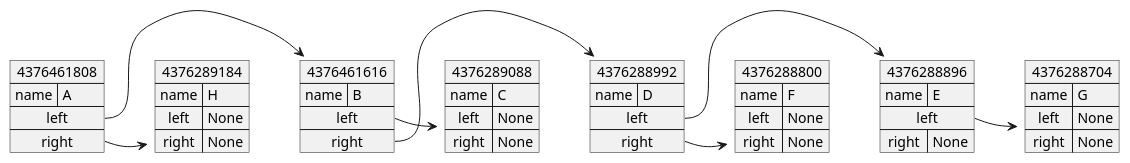
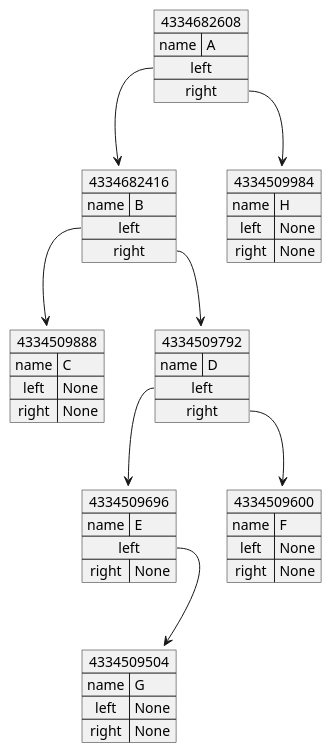
One commit to M0E33YZW/python_lesson changed the diagram in tree_od.md. Above: the diagram before and after it, drawn with PlantUML. The commit also changed 2 other files, not shown here.

Commit message:
二分木・修正

````diff
--- a/tree_od.md
+++ b/tree_od.md
@@ -2,53 +2,53 @@
 ```plantuml
 @startuml
 
-map 4376289088 {
+map 4334509888 {
     name => C
     left => None
     right => None
 }
 
-map 4376288704 {
+map 4334509504 {
     name => G
     left => None
     right => None
 }
 
-map 4376288896 {
+map 4334509696 {
     name => E
-    left *-> 4376288704
+    left *--> 4334509504
     right => None
 }
 
-map 4376288800 {
+map 4334509600 {
     name => F
     left => None
     right => None
 }
 
-map 4376288992 {
+map 4334509792 {
     name => D
-    left *-> 4376288896
-    right *-> 4376288800
+    left *--> 4334509696
+    right *--> 4334509600
 }
 
-map 4376461616 {
+map 4334682416 {
     name => B
-    left *-> 4376289088
-    right *-> 4376288992
+    left *--> 4334509888
+    right *--> 4334509792
 }
 
-map 4376289184 {
+map 4334509984 {
     name => H
     left => None
     right => None
 }
 
-map 4376461808 {
+map 4334682608 {
     name => A
-    left *-> 4376461616
-    right *-> 4376289184
+    left *--> 4334682416
+    right *--> 4334509984
 }
 
 @enduml
 ```
````
